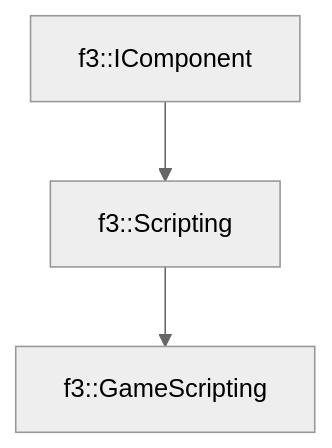
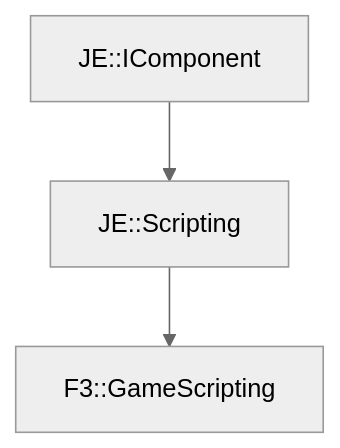
One commit to OpenJE/openvb changed the diagram in docs/f3/GameScripting.md. Above: the diagram before and after it, drawn with Mermaid (neutral theme). The commit also changed other lines of this file and 1399 other files, not shown here.

````diff
--- a/docs/f3/GameScripting.md
+++ b/docs/f3/GameScripting.md
@@ -17,5 +17,5 @@
 ```mermaid
 graph TD;
-    f3::IComponent --> f3::Scripting
-    f3::Scripting --> f3::GameScripting
+    JE::IComponent --> JE::Scripting
+    JE::Scripting --> F3::GameScripting
 ```
````
